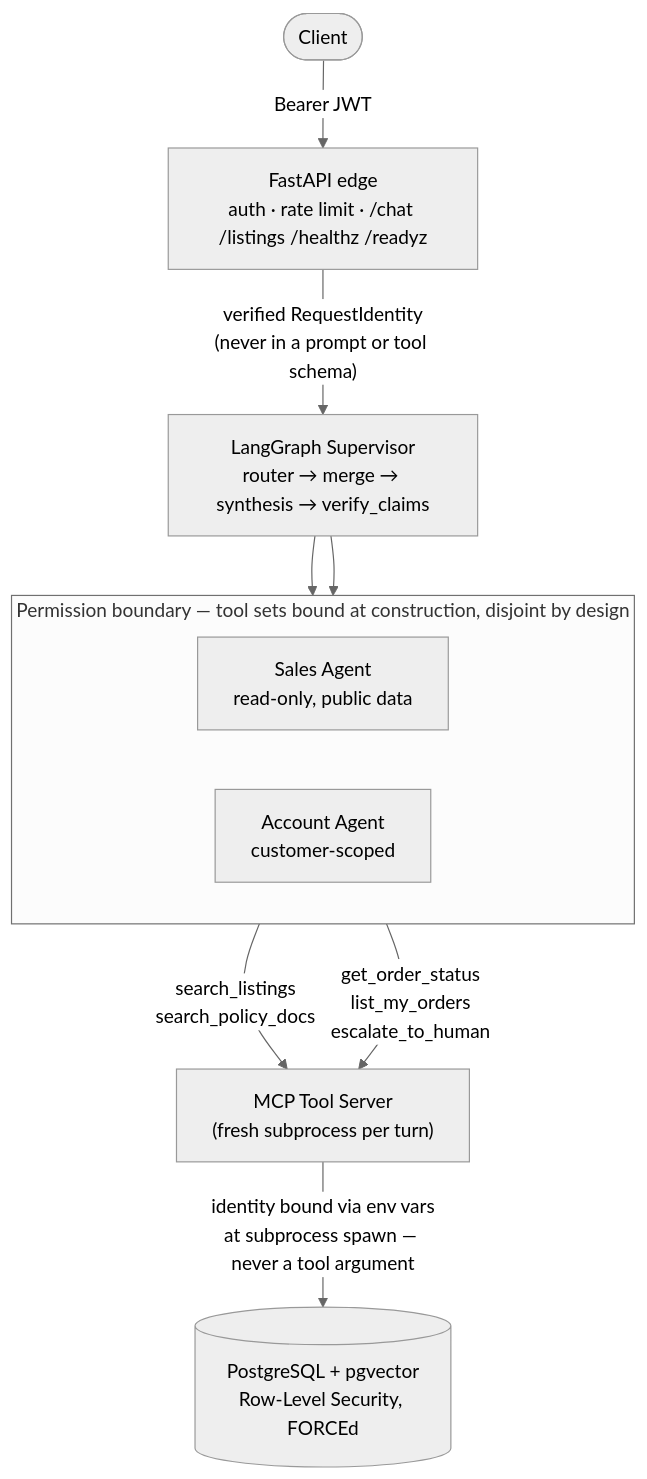
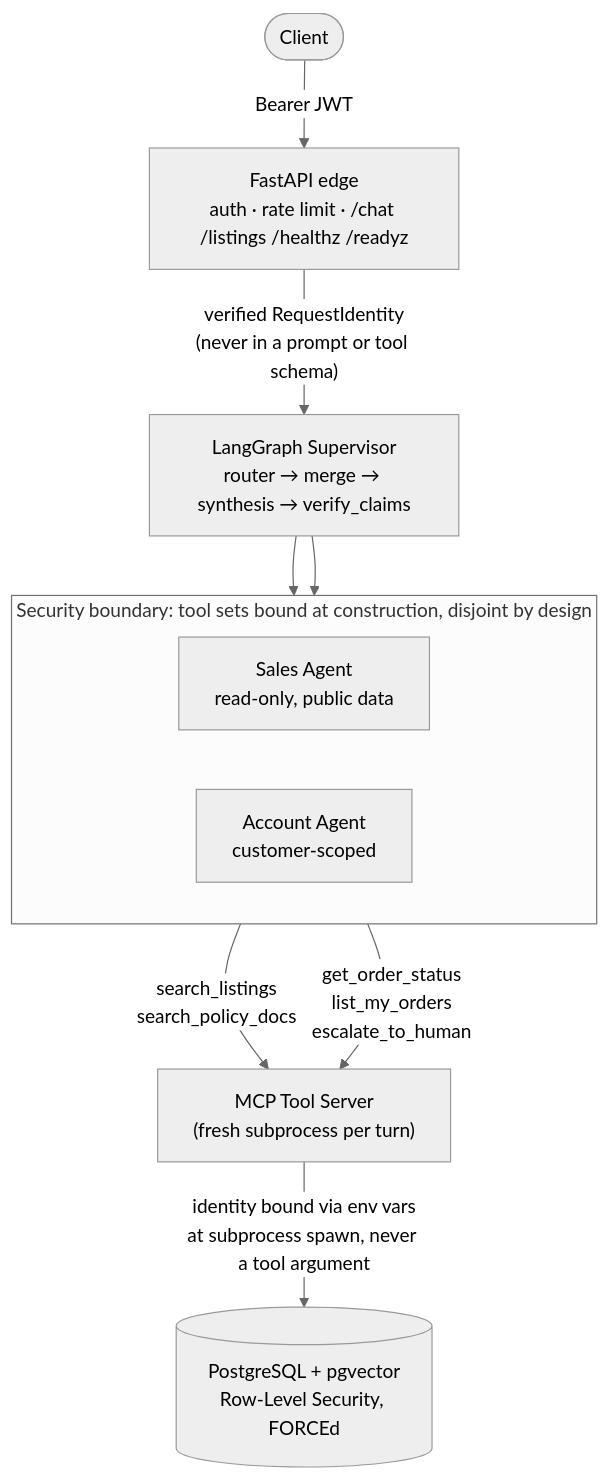
One commit to aghababaeiali/dealership-agent changed the diagram in README.md. Above: the diagram before and after it, drawn with Mermaid (neutral theme). The commit also changed other lines of this file and 8 other files, not shown here.

````diff
--- a/README.md
+++ b/README.md
@@ -20,19 +42,19 @@
 ```mermaid
 flowchart TB
     Client(["Client"]) -->|"Bearer JWT"| API["FastAPI edge<br/>auth · rate limit · /chat /listings /healthz /readyz"]
     API -->|"verified RequestIdentity<br/>(never in a prompt or tool schema)"| Supervisor["LangGraph Supervisor<br/>router → merge → synthesis → verify_claims"]
 
-    subgraph Boundary["Permission boundary — tool sets bound at construction, disjoint by design"]
+    subgraph Boundary["Security boundary: tool sets bound at construction, disjoint by design"]
         direction LR
         Sales["Sales Agent<br/>read-only, public data"]
         Account["Account Agent<br/>customer-scoped"]
     end
 
     Supervisor --> Sales
     Supervisor --> Account
 
     Sales -->|"search_listings<br/>search_policy_docs"| MCP["MCP Tool Server<br/>(fresh subprocess per turn)"]
     Account -->|"get_order_status<br/>list_my_orders<br/>escalate_to_human"| MCP
 
-    MCP -->|"identity bound via env vars<br/>at subprocess spawn — never a tool argument"| DB[("PostgreSQL + pgvector<br/>Row-Level Security, FORCEd")]
+    MCP -->|"identity bound via env vars<br/>at subprocess spawn, never a tool argument"| DB[("PostgreSQL + pgvector<br/>Row-Level Security, FORCEd")]
 ```
````
